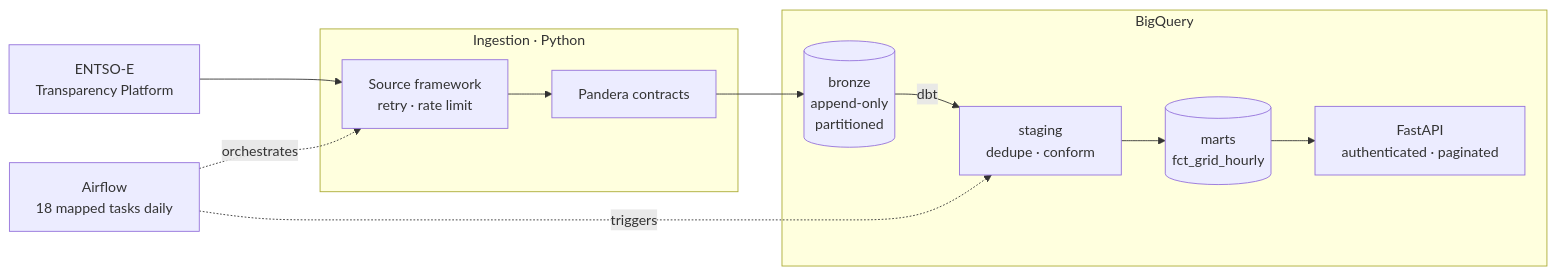
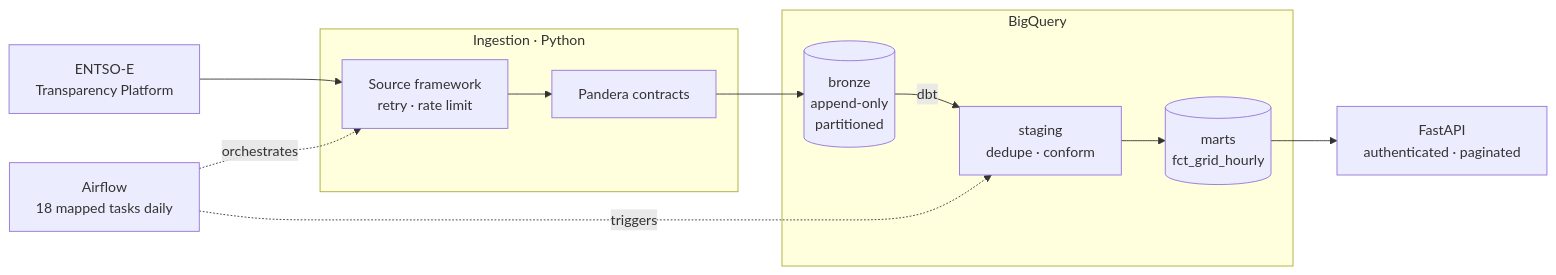
One commit to suhasnu/entsoe-data-platform changed the diagram in README.md. Above: the diagram before and after it, drawn with Mermaid. The commit also changed other lines of this file, not shown here.

Commit message:
docs: add fastapi to stack and fix diagram grouping

````diff
--- a/README.md
+++ b/README.md
@@ -9,24 +9,24 @@
 ```mermaid
 flowchart LR
     E[ENTSO-E<br/>Transparency Platform]
 
     subgraph ingest[Ingestion · Python]
         S[Source framework<br/>retry · rate limit]
         V[Pandera contracts]
     end
 
     subgraph bq[BigQuery]
         B[(bronze<br/>append-only<br/>partitioned)]
         ST[staging<br/>dedupe · conform]
         M[(marts<br/>fct_grid_hourly)]
-        API[FastAPI<br/>authenticated · paginated]
 
     end
-
+    
+    API[FastAPI<br/>authenticated · paginated]
     A[Airflow<br/>18 mapped tasks daily]
 
     E --> S --> V --> B
     B -->|dbt| ST --> M --> API
     A -.orchestrates.-> S
     A -.triggers.-> ST
 ```
````
